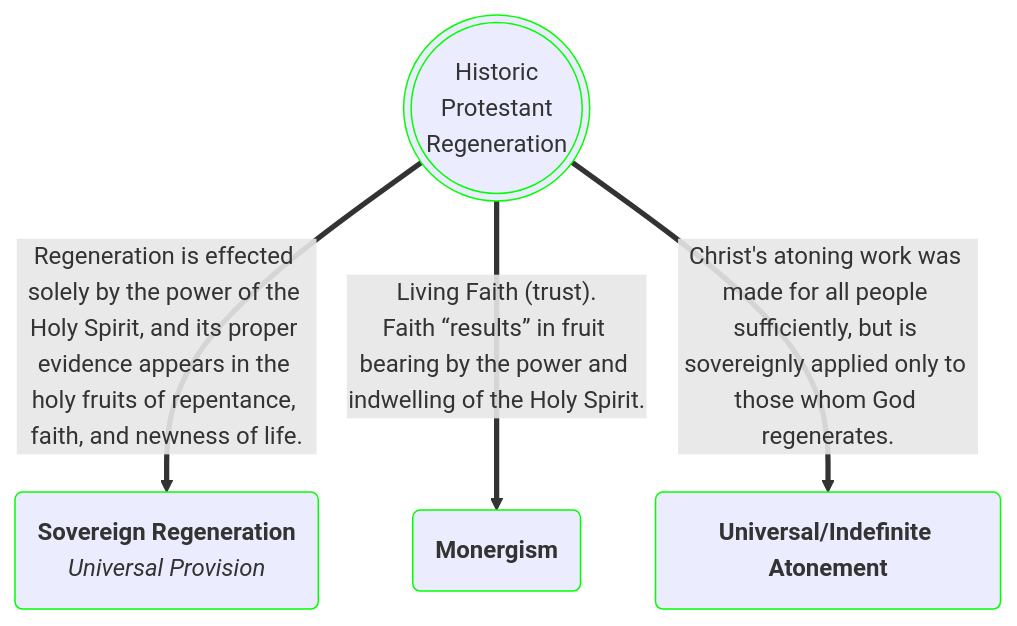
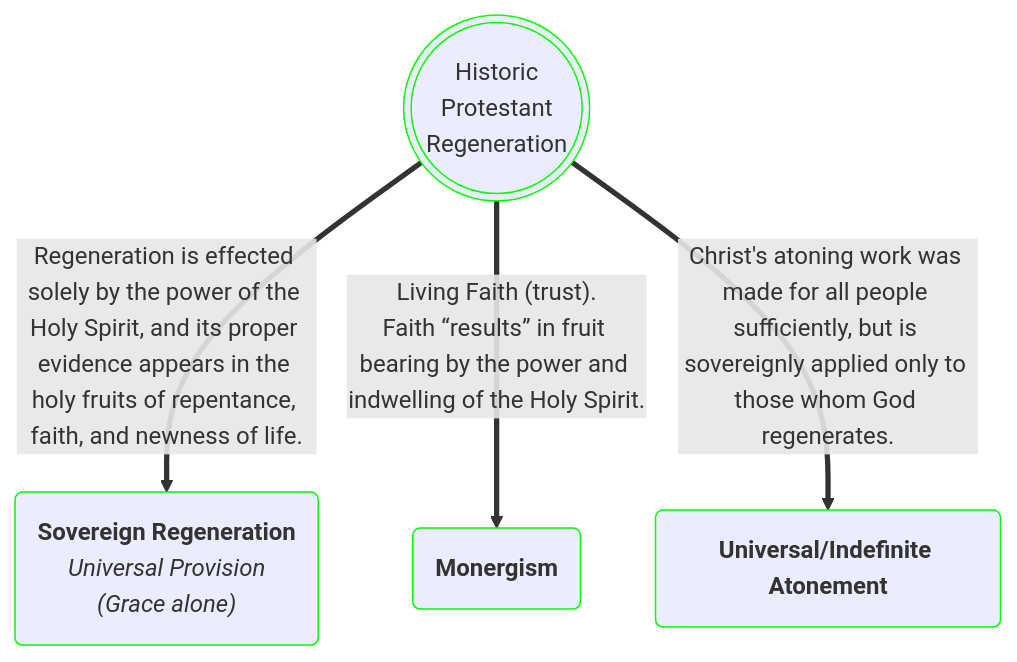
Before and after one commit to OrdoLuminis/ordoluminis.github.io: the fifth of 5 diagrams in _posts/2025-08-03-historic-protestant-position.markdown, drawn with Mermaid. The commit also changed other lines of this file, not shown here.

````diff
--- a/_posts/2025-08-03-historic-protestant-position.markdown
+++ b/_posts/2025-08-03-historic-protestant-position.markdown
@@ -359,8 +359,8 @@
 ```mermaid
 flowchart TD
     A(((Historic<br>Protestant<br>Regeneration))):::green
-    A ==>|Regeneration is effected solely by the power of the Holy Spirit, and its proper evidence appears in the holy fruits of repentance, faith, and newness of life.| B(<strong>Sovereign Regeneration</strong><br><em>Universal Provision</em>):::green
+    A ==>|Regeneration is effected solely by the power of the Holy Spirit, and its proper evidence appears in the holy fruits of repentance, faith, and newness of life.| B(<strong>Sovereign Regeneration</strong><br><em>Universal Provision<br>&lpar;Grace alone&rpar;</em>):::green
     A ==>|Living Faith &lpar;trust&rpar;.<br>Faith &ldquo;results&rdquo; in fruit bearing by the power and indwelling of the Holy Spirit.| C(<strong>Monergism</strong>):::green
     A ==>|Christ's atoning work was made for all people sufficiently, but is sovereignly applied only to those whom God regenerates.| D(<strong>Universal&sol;Indefinite Atonement</strong>):::green
     classDef green stroke:#0f0
 ```
````
